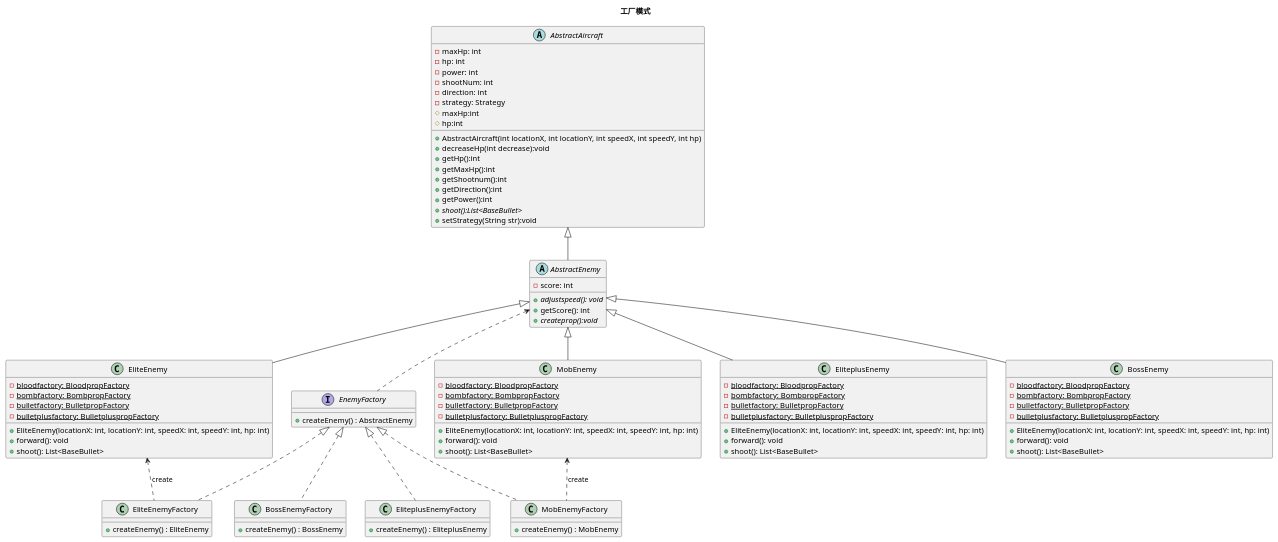
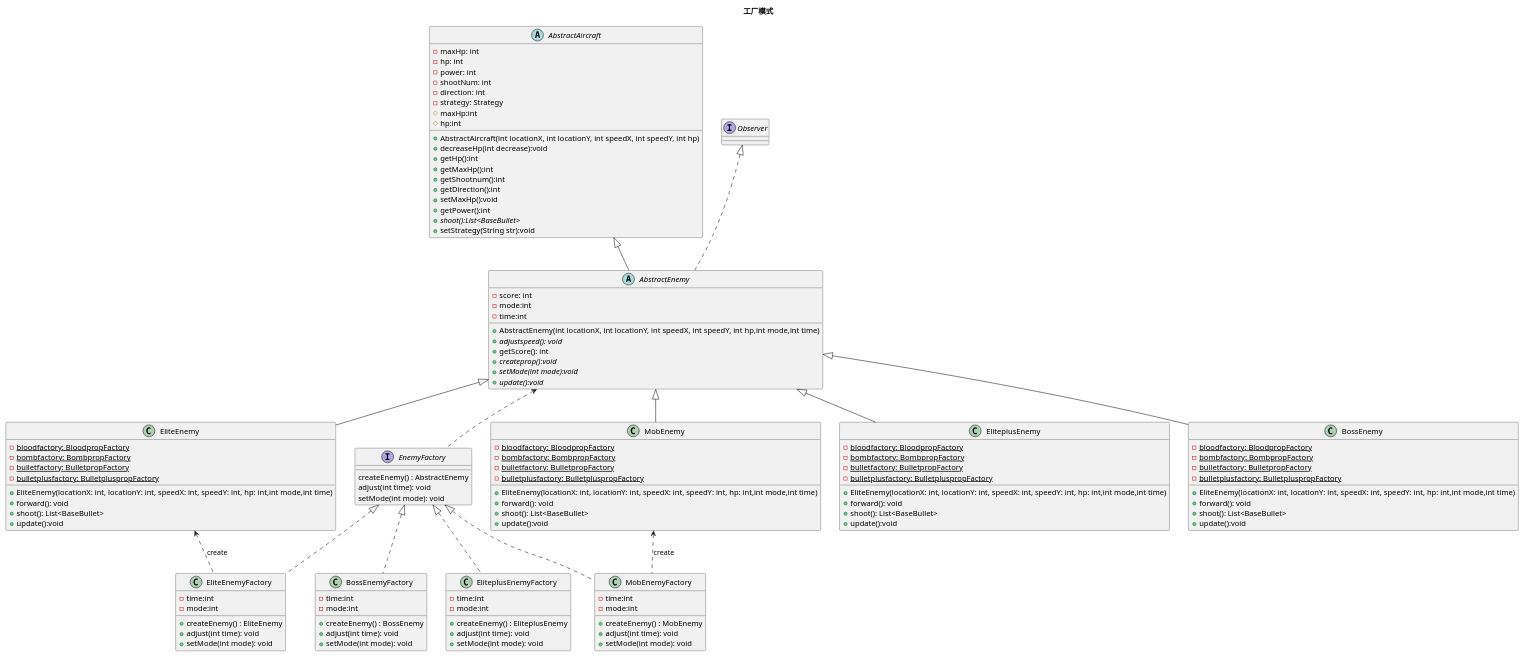
The diagram in uml/enemyfactory.puml (jangyicheng/Java-wargame), drawn with PlantUML before and after one commit. The commit also changed 36 other files, not shown here.

```diff
--- a/uml/enemyfactory.puml
+++ b/uml/enemyfactory.puml
@@ -1,88 +1,116 @@
 @startuml
 'https://plantuml.com/class-diagram
 title 工厂模式
 abstract class AbstractAircraft
 {
     -maxHp: int
     -hp: int
     -power: int
     -shootNum: int
     -direction: int
     -strategy: Strategy
 	# maxHp:int
     # hp:int
     + AbstractAircraft(int locationX, int locationY, int speedX, int speedY, int hp)
     + decreaseHp(int decrease):void
     + getHp():int
     + getMaxHp():int
     + getShootnum():int
     +getDirection():int
+    + setMaxHp():void
     + getPower():int
     + {abstract} shoot():List<BaseBullet>
     + setStrategy(String str):void
  }
 
-abstract class AbstractEnemy extends AbstractAircraft {
+abstract class AbstractEnemy extends AbstractAircraft implements Observer{
   - score: int
+      -mode:int
+      -time:int
+     + AbstractEnemy(int locationX, int locationY, int speedX, int speedY, int hp,int mode,int time)
   + {abstract}adjustspeed(): void
   + getScore(): int
   + {abstract} createprop():void
+  + {abstract} setMode(int mode):void
+  + {abstract} update():void
 }
 
 class EliteEnemy extends AbstractEnemy {
     -{static}bloodfactory: BloodpropFactory
     -{static}bombfactory: BombpropFactory
     -{static}bulletfactory: BulletpropFactory
     -{static}bulletplusfactory: BulletpluspropFactory
-  + EliteEnemy(locationX: int, locationY: int, speedX: int, speedY: int, hp: int)
+  + EliteEnemy(locationX: int, locationY: int, speedX: int, speedY: int, hp: int,int mode,int time)
   + forward(): void
   + shoot(): List<BaseBullet>
+    + update():void
 }
 class EliteplusEnemy extends AbstractEnemy {
     -{static}bloodfactory: BloodpropFactory
     -{static}bombfactory: BombpropFactory
     -{static}bulletfactory: BulletpropFactory
     -{static}bulletplusfactory: BulletpluspropFactory
-  + EliteEnemy(locationX: int, locationY: int, speedX: int, speedY: int, hp: int)
+  + EliteEnemy(locationX: int, locationY: int, speedX: int, speedY: int, hp: int,int mode,int time)
   + forward(): void
   + shoot(): List<BaseBullet>
+      + update():void
 }
 class MobEnemy extends AbstractEnemy {
     -{static}bloodfactory: BloodpropFactory
     -{static}bombfactory: BombpropFactory
     -{static}bulletfactory: BulletpropFactory
     -{static}bulletplusfactory: BulletpluspropFactory
-  + EliteEnemy(locationX: int, locationY: int, speedX: int, speedY: int, hp: int)
+  + EliteEnemy(locationX: int, locationY: int, speedX: int, speedY: int, hp: int,int mode,int time)
   + forward(): void
   + shoot(): List<BaseBullet>
+      + update():void
 }
 
 class BossEnemy extends AbstractEnemy{
 -{static}bloodfactory: BloodpropFactory
     -{static}bombfactory: BombpropFactory
     -{static}bulletfactory: BulletpropFactory
     -{static}bulletplusfactory: BulletpluspropFactory
-  + EliteEnemy(locationX: int, locationY: int, speedX: int, speedY: int, hp: int)
+  + EliteEnemy(locationX: int, locationY: int, speedX: int, speedY: int, hp: int,int mode,int time)
   + forward(): void
   + shoot(): List<BaseBullet>
+      + update():void
 }
 
 interface EnemyFactory {
-    +createEnemy() : AbstractEnemy
+    createEnemy() : AbstractEnemy
+    adjust(int time): void
+    setMode(int mode): void
 }
 class EliteEnemyFactory implements EnemyFactory{
+    -time:int
+    -mode:int
     +createEnemy() : EliteEnemy
+    +adjust(int time): void
+    +setMode(int mode): void
 }
 class MobEnemyFactory implements EnemyFactory{
+    -time:int
+    -mode:int
     +createEnemy() : MobEnemy
+    +adjust(int time): void
+    +setMode(int mode): void
 }
 class EliteplusEnemyFactory implements EnemyFactory{
+    -time:int
+    -mode:int
     +createEnemy() : EliteplusEnemy
+    +adjust(int time): void
+    +setMode(int mode): void
 }
 class BossEnemyFactory implements EnemyFactory{
+    -time:int
+    -mode:int
     +createEnemy() : BossEnemy
+    +adjust(int time): void
+    +setMode(int mode): void
 }
 AbstractEnemy<..EnemyFactory
 EliteEnemy<.. EliteEnemyFactory:create
 MobEnemy<.. MobEnemyFactory:create
 @enduml
```
